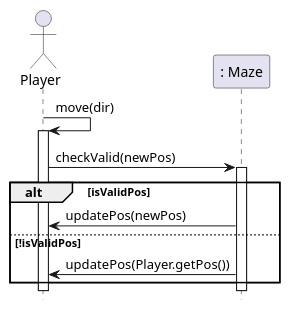
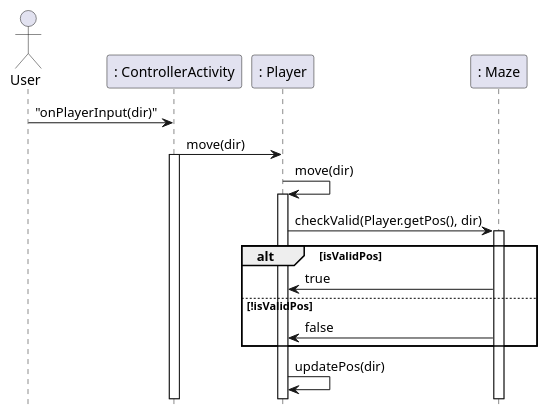
The second of 3 diagrams in doc/design.md (codelazarus14/team-1b-java-app), drawn with PlantUML before and after one commit. The commit also changed other lines of this file, not shown here.

````diff
--- a/doc/design.md
+++ b/doc/design.md
@@ -51,19 +51,28 @@
 ```plantuml
 @startuml
 hide footbox
-actor "Player" as player
+actor "User" as user
+participant ": ControllerActivity" as controller
+participant ": Player" as player
 participant ": Maze" as maze
+
+user -> controller : "onPlayerInput(dir)"
+
+controller -> player : move(dir)
+activate controller
 
 player -> player : move(dir)
 activate player
 
-player -> maze: checkValid(newPos)
+player -> maze: checkValid(Player.getPos(), dir)
 activate maze
 alt isValidPos
-  maze -> player : updatePos(newPos)
+  maze -> player : true
 else !isValidPos
-  maze -> player : updatePos(Player.getPos())
+  maze -> player : false
 end
+
+player -> player : updatePos(dir)
 
 @enduml
 ```
````
